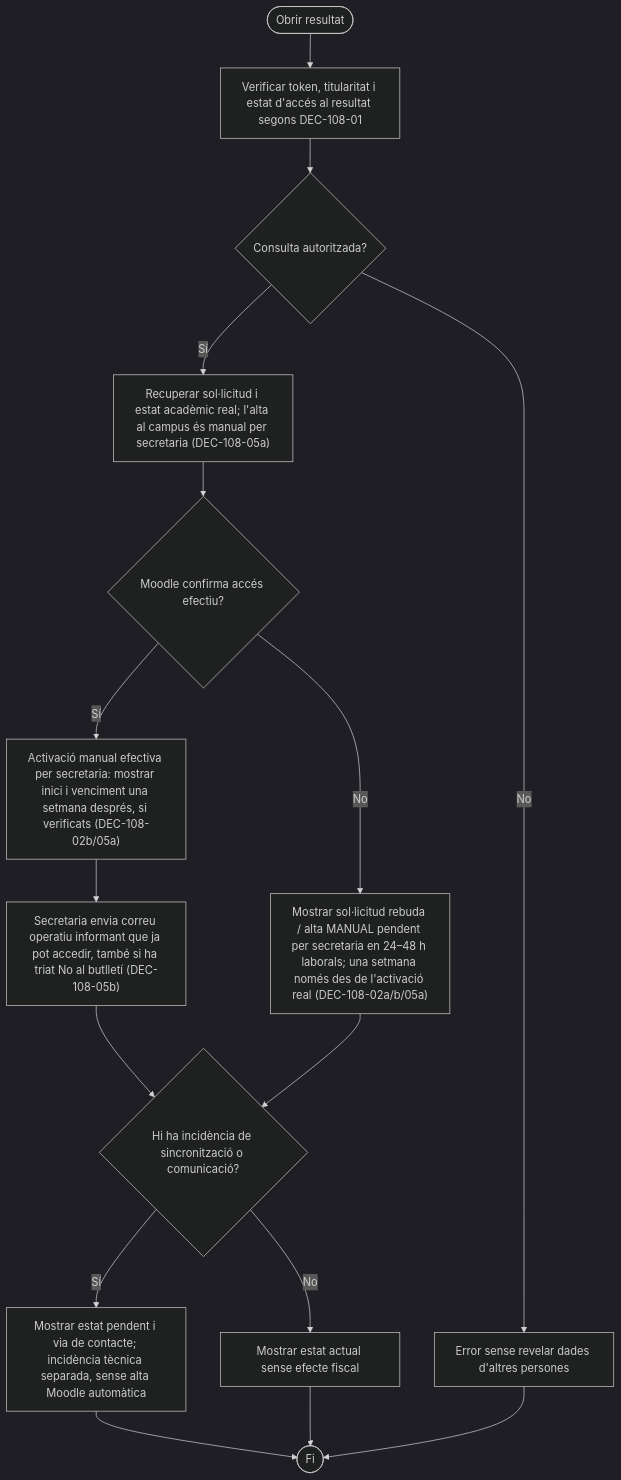
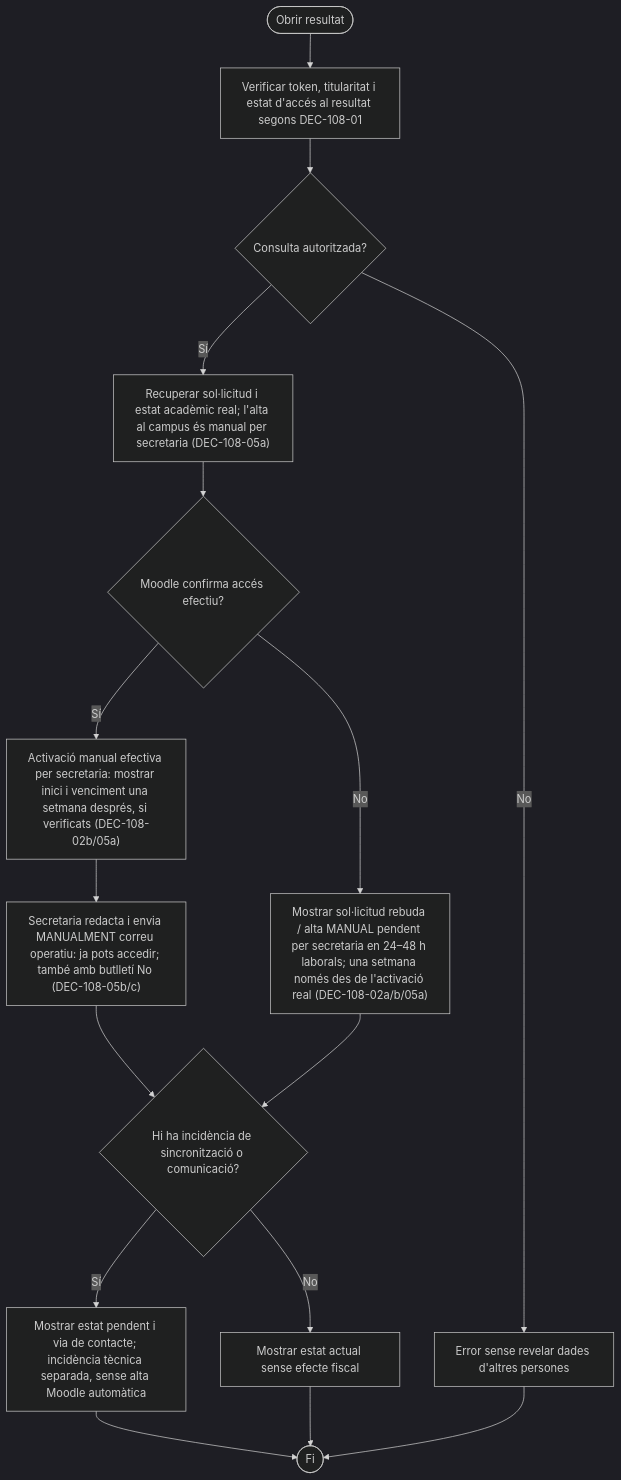
One commit to orgmeriemprismacat-del/verifactu changed the eighth of 8 diagrams in documentacio/07-uml-integrat/uc-108-vistes-grafiques-activitats-pagines.md. Above: the diagram before and after it, drawn with Mermaid (dark theme). The commit also changed other lines of this file, not shown here.

Commit message:
docs(uml uc-108): explicit manual drafting and sending of access email, no automatic dispatch

````diff
--- a/documentacio/07-uml-integrat/uc-108-vistes-grafiques-activitats-pagines.md
+++ b/documentacio/07-uml-integrat/uc-108-vistes-grafiques-activitats-pagines.md
@@ -174,18 +174,18 @@
 ```mermaid
 flowchart TD
   A([Obrir resultat]) --> B["Verificar token, titularitat i estat d'accés al resultat segons DEC-108-01"]
   B --> C{"Consulta autoritzada?"}
   C -->|No| D["Error sense revelar dades d'altres persones"]
   C -->|Sí| E["Recuperar sol·licitud i estat acadèmic real; l'alta al campus és manual per secretaria (DEC-108-05a)"]
   E --> F{"Moodle confirma accés efectiu?"}
   F -->|Sí| G["Activació manual efectiva per secretaria: mostrar inici i venciment una setmana després, si verificats (DEC-108-02b/05a)"]
-  G --> GE["Secretaria envia correu operatiu informant que ja pot accedir, també si ha triat No al butlletí (DEC-108-05b)"]
+  G --> GE["Secretaria redacta i envia MANUALMENT correu operatiu: ja pots accedir; també amb butlletí No (DEC-108-05b/c)"]
   F -->|No| H["Mostrar sol·licitud rebuda / alta MANUAL pendent per secretaria en 24–48 h laborals; una setmana només des de l'activació real (DEC-108-02a/b/05a)"]
   GE --> I{"Hi ha incidència de sincronització o comunicació?"}
   H --> I
   I -->|Sí| J["Mostrar estat pendent i via de contacte; incidència tècnica separada, sense alta Moodle automàtica"]
   I -->|No| K["Mostrar estat actual sense efecte fiscal"]
   J --> L([Fi])
   K --> L
   D --> L
 ```
````
